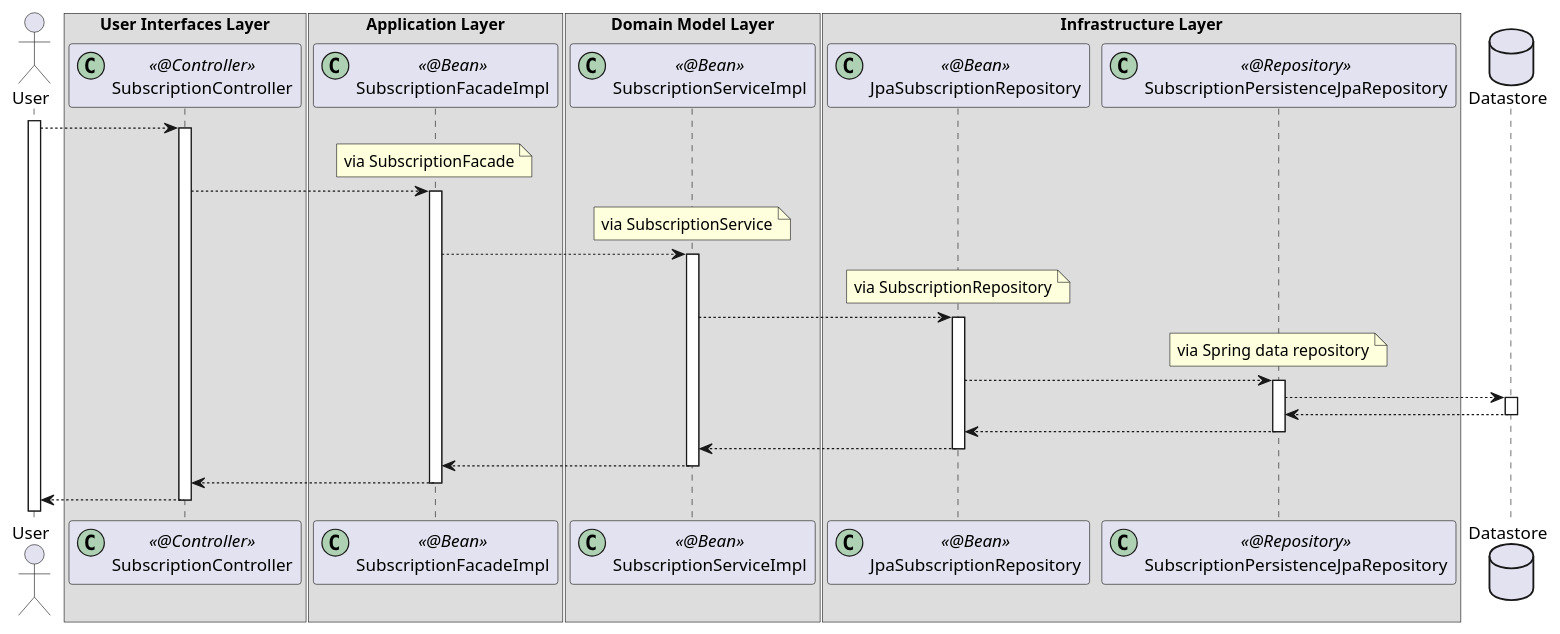
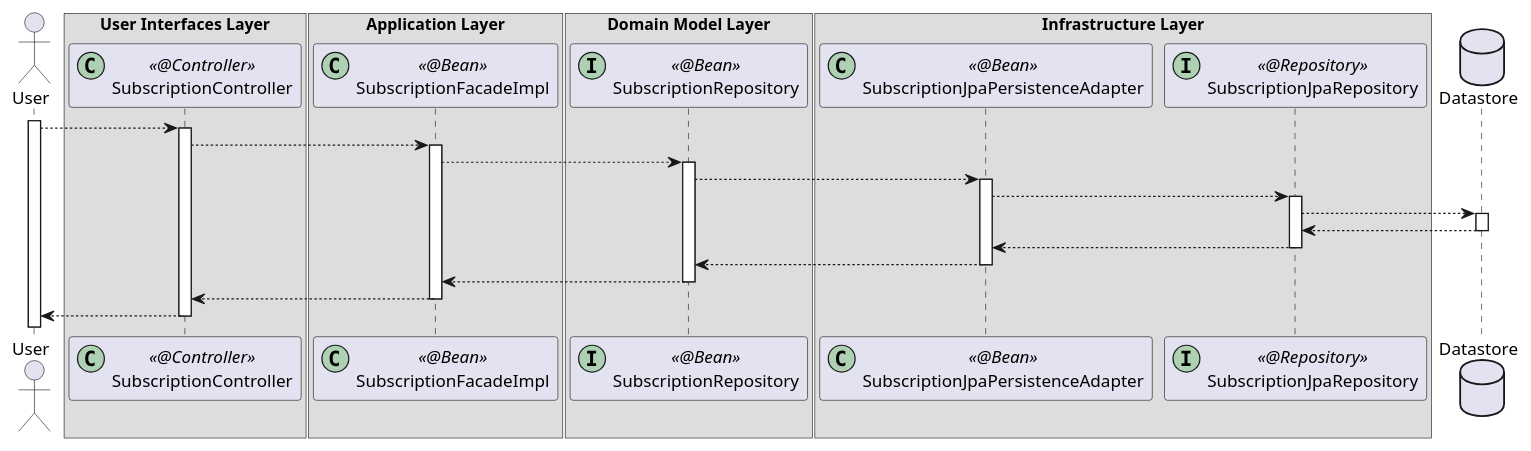
The diagram in layered-ddd-2/docs/diagrams/sequence.puml (abchau/architecture-by-examples), drawn with PlantUML before and after one commit. The commit also changed 245 other files, not shown here.

```diff
--- a/layered-ddd-2/docs/diagrams/sequence.puml
+++ b/layered-ddd-2/docs/diagrams/sequence.puml
@@ -1,65 +1,57 @@
 @startuml
 
 actor User
 box User Interfaces Layer
 participant SubscriptionController << (C,#ADD1B2) @Controller >>
 end box
 box Application Layer
 participant SubscriptionFacadeImpl << (C,#ADD1B2) @Bean >>
 end box
 box Domain Model Layer
-participant SubscriptionServiceImpl << (C,#ADD1B2) @Bean >>
+participant SubscriptionRepository << (I,#ADD1B2) @Bean >>
 end box
 box Infrastructure Layer
-participant JpaSubscriptionRepository << (C,#ADD1B2) @Bean >>
-participant SubscriptionPersistenceJpaRepository << (C,#ADD1B2) @Repository >>
+participant SubscriptionJpaPersistenceAdapter << (C,#ADD1B2) @Bean >>
+participant SubscriptionJpaRepository << (I,#ADD1B2) @Repository >>
 end box
 database Datastore
 
 activate User
 
 User --> SubscriptionController
 activate SubscriptionController
 
-note over SubscriptionFacadeImpl: via SubscriptionFacade
-
 SubscriptionController --> SubscriptionFacadeImpl
 activate SubscriptionFacadeImpl
 
-note over SubscriptionServiceImpl: via SubscriptionService
+SubscriptionFacadeImpl --> SubscriptionRepository
+activate SubscriptionRepository
 
-SubscriptionFacadeImpl --> SubscriptionServiceImpl
-activate SubscriptionServiceImpl
+SubscriptionRepository --> SubscriptionJpaPersistenceAdapter
+activate SubscriptionJpaPersistenceAdapter
 
-note over JpaSubscriptionRepository: via SubscriptionRepository
+SubscriptionJpaPersistenceAdapter --> SubscriptionJpaRepository
+activate SubscriptionJpaRepository
 
-SubscriptionServiceImpl --> JpaSubscriptionRepository
-activate JpaSubscriptionRepository
-
-note over SubscriptionPersistenceJpaRepository: via Spring data repository
-
-JpaSubscriptionRepository --> SubscriptionPersistenceJpaRepository
-activate SubscriptionPersistenceJpaRepository
-
-SubscriptionPersistenceJpaRepository --> Datastore
+SubscriptionJpaRepository --> Datastore
 activate Datastore
 
-Datastore --> SubscriptionPersistenceJpaRepository
+Datastore --> SubscriptionJpaRepository
 deactivate Datastore
 
-SubscriptionPersistenceJpaRepository --> JpaSubscriptionRepository
-deactivate SubscriptionPersistenceJpaRepository
+SubscriptionJpaRepository --> SubscriptionJpaPersistenceAdapter
+deactivate SubscriptionJpaRepository
 
-JpaSubscriptionRepository --> SubscriptionServiceImpl
-deactivate JpaSubscriptionRepository
+SubscriptionJpaPersistenceAdapter --> SubscriptionRepository
+deactivate SubscriptionJpaPersistenceAdapter
 
-SubscriptionServiceImpl --> SubscriptionFacadeImpl
-deactivate SubscriptionServiceImpl
+SubscriptionRepository --> SubscriptionFacadeImpl
+deactivate SubscriptionRepository
 
 SubscriptionFacadeImpl --> SubscriptionController
 deactivate SubscriptionFacadeImpl
 
 SubscriptionController --> User
 deactivate SubscriptionController
 
 @enduml
```
